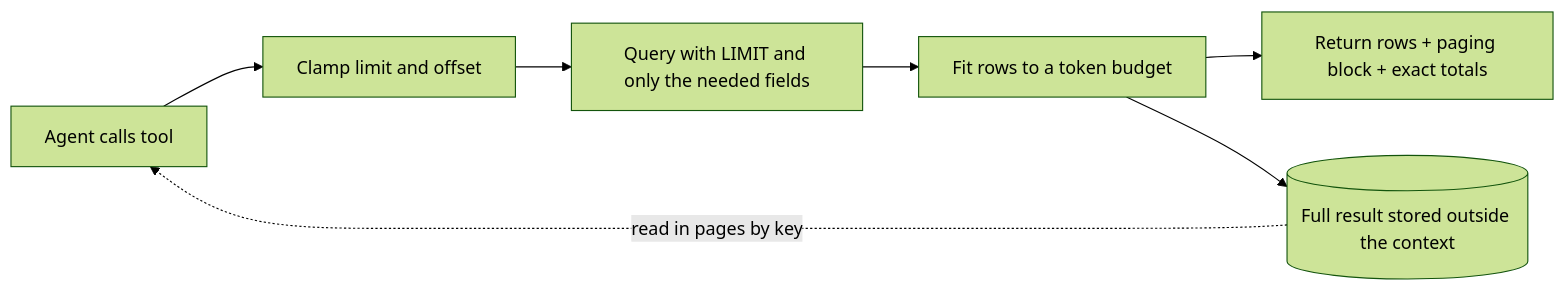
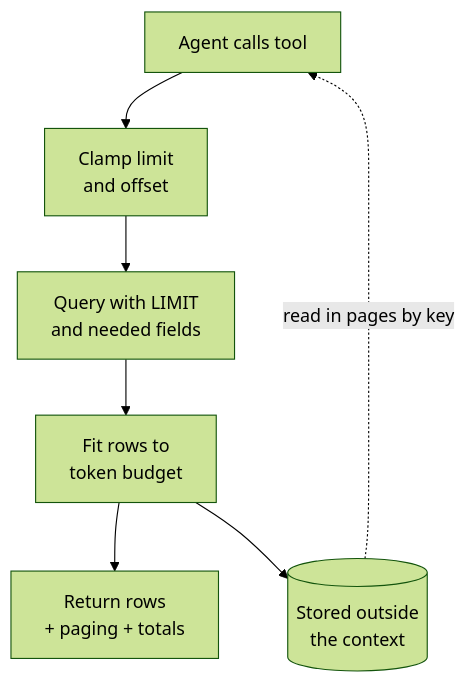
One commit to mmphego/mmphego.github.io changed the diagram in _posts/2026-10-23-a-0-1-second-tool-call-filled-my-agents-context-window.md. Above: the diagram before and after it, drawn with Mermaid (forest theme). The commit also changed other lines of this file and 7 other files, not shown here.

````diff
--- a/_posts/2026-10-23-a-0-1-second-tool-call-filled-my-agents-context-window.md
+++ b/_posts/2026-10-23-a-0-1-second-tool-call-filled-my-agents-context-window.md
@@ -137,9 +178,9 @@
 ```mermaid
-flowchart LR
-    A[Agent calls tool] --> B[Clamp limit and offset]
-    B --> C[Query with LIMIT and only the needed fields]
-    C --> D[Fit rows to a token budget]
-    D --> E[Return rows + paging block + exact totals]
-    D --> F[(Full result stored outside the context)]
+flowchart TB
+    A[Agent calls tool] --> B[Clamp limit<br/>and offset]
+    B --> C[Query with LIMIT<br/>and needed fields]
+    C --> D[Fit rows to<br/>token budget]
+    D --> E[Return rows<br/>+ paging + totals]
+    D --> F[(Stored outside<br/>the context)]
     F -. read in pages by key .-> A
 ```
````
